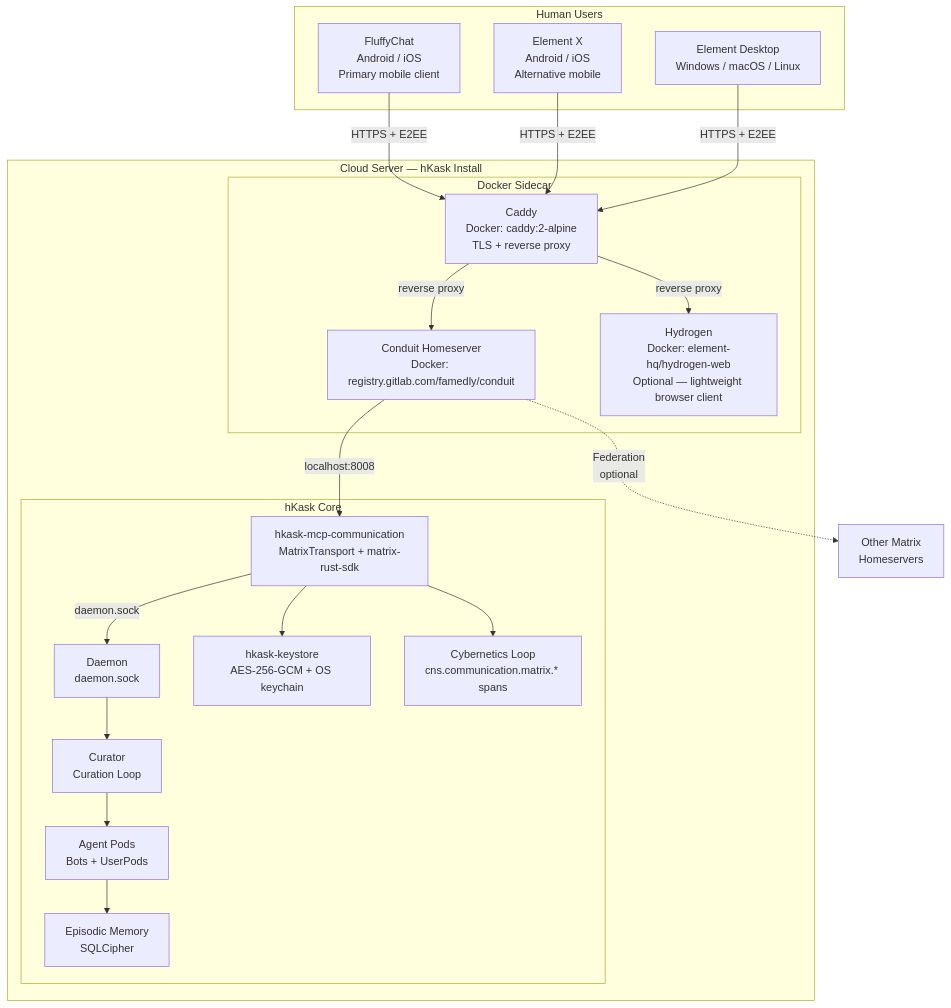
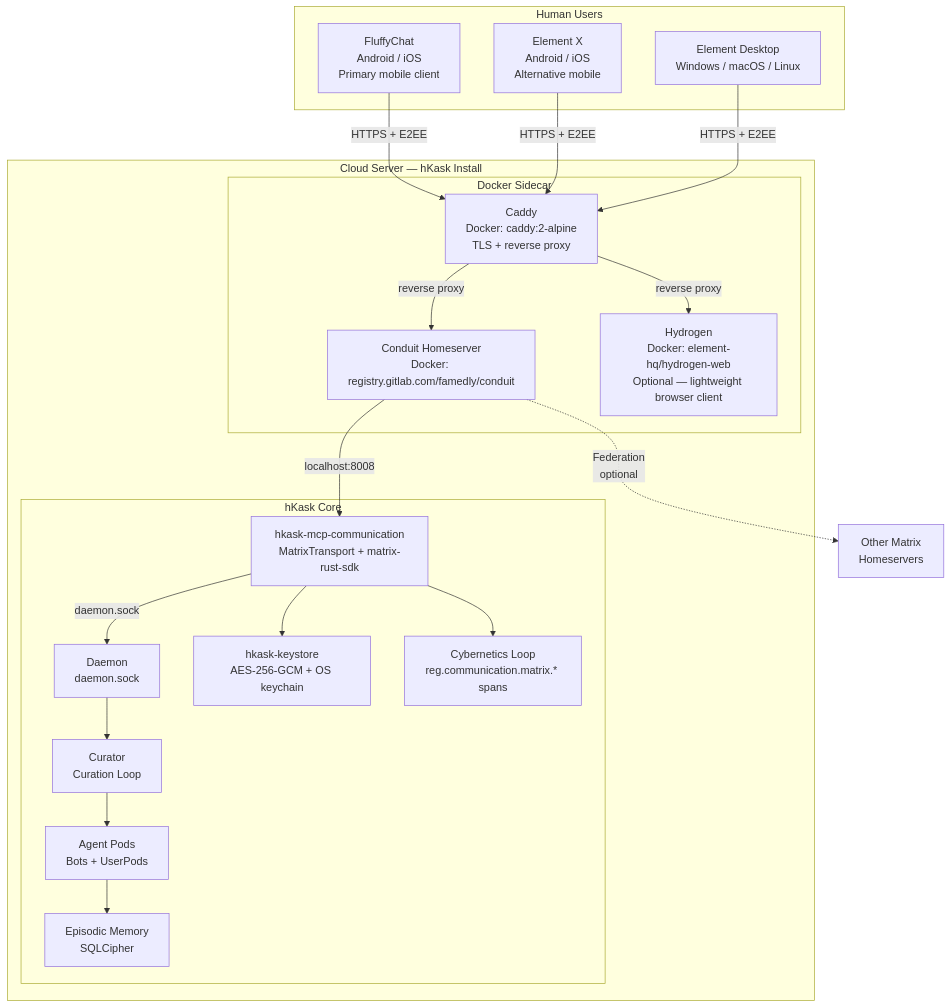
One commit to mdz-axo/hKask changed diagram 14 of 24 in docs/architecture/core/hKask-architecture-master.md. Above: the diagram before and after it, drawn with Mermaid. The commit also changed other lines of this file and 43 other files, not shown here.

First line of the commit message:
Add LoRA G0 gate and rename CNS to Regulation

````diff
--- a/docs/architecture/core/hKask-architecture-master.md
+++ b/docs/architecture/core/hKask-architecture-master.md
@@ -2487,42 +2487,42 @@
 ```mermaid
 graph TD
     subgraph Cloud["Cloud Server — hKask Install"]
         subgraph Sidecar["Docker Sidecar"]
             CADDY[Caddy<br/>Docker: caddy:2-alpine<br/>TLS + reverse proxy]
             CONDUIT[Conduit Homeserver<br/>Docker: registry.gitlab.com/famedly/conduit]
             ELEMENT[Hydrogen<br/>Docker: element-hq/hydrogen-web<br/>Optional — lightweight browser client]
         end
         
         subgraph Core["hKask Core"]
             DAEMON[Daemon<br/>daemon.sock]
             MCP_COMM[hkask-mcp-communication<br/>MatrixTransport + matrix-rust-sdk]
             CURATOR[Curator<br/>Curation Loop]
             AGENTS[Agent Pods<br/>Bots + UserPods]
             KEYSTORE[hkask-keystore<br/>AES-256-GCM + OS keychain]
             EPISODIC[Episodic Memory<br/>SQLCipher]
-            Regulation[Cybernetics Loop<br/>cns.communication.matrix.* spans]
+            Regulation[Cybernetics Loop<br/>reg.communication.matrix.* spans]
         end
     end
     
     subgraph Humans["Human Users"]
         FLUFFY[FluffyChat<br/>Android / iOS<br/>Primary mobile client]
         ELEM_X[Element X<br/>Android / iOS<br/>Alternative mobile]
         ELEM_D[Element Desktop<br/>Windows / macOS / Linux]
     end
     
     FLUFFY -->|HTTPS + E2EE| CADDY
     ELEM_X -->|HTTPS + E2EE| CADDY
     ELEM_D -->|HTTPS + E2EE| CADDY
     CADDY -->|reverse proxy| CONDUIT
     CADDY -->|reverse proxy| ELEMENT
     
     CONDUIT -->|localhost:8008| MCP_COMM
     MCP_COMM -->|daemon.sock| DAEMON
     DAEMON --> CURATOR
     CURATOR --> AGENTS
     AGENTS --> EPISODIC
     MCP_COMM --> KEYSTORE
     MCP_COMM --> Regulation
     
     CONDUIT -.->|Federation<br/>optional| OTHER[Other Matrix<br/>Homeservers]
 ```
````
